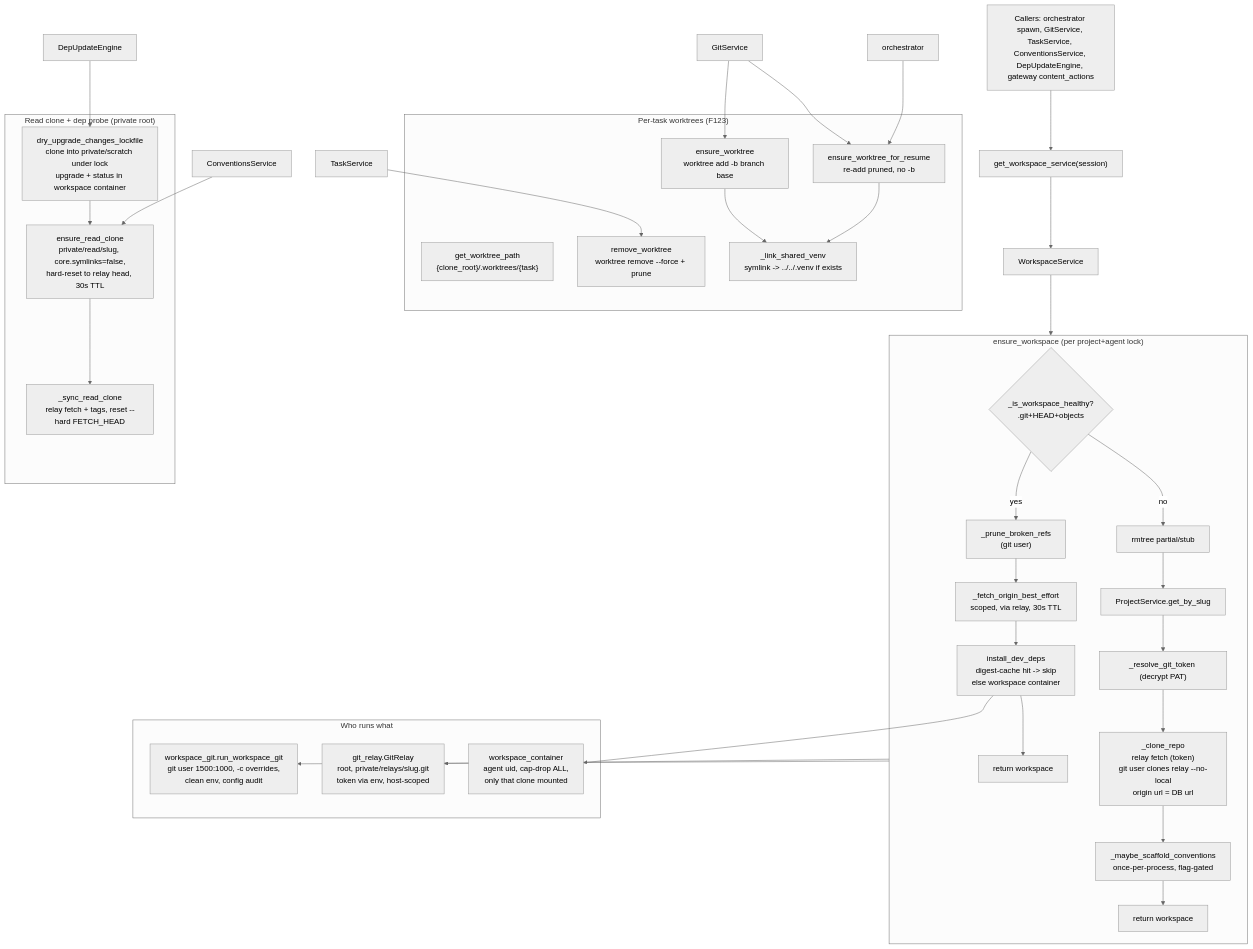
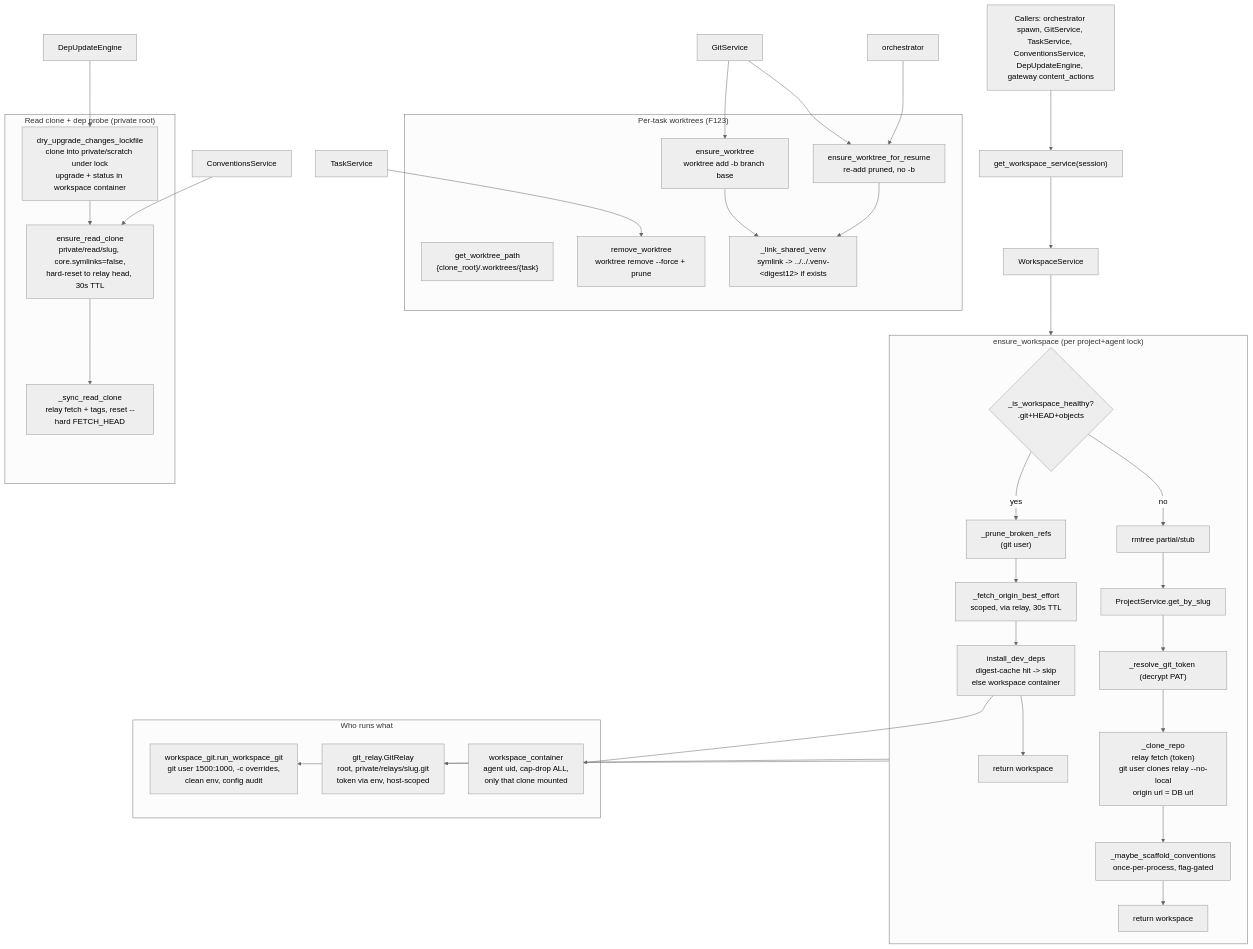
Before and after one commit to rennf93/roboco: the diagram in docs/map/workspace.md, drawn with Mermaid (neutral theme). The commit also changed other lines of this file and 4 other files, not shown here.

Commit message:
[0c8d95a6] fix(workspace): link each worktree venv to its own digest venv, fix map docs

````diff
--- a/docs/map/workspace.md
+++ b/docs/map/workspace.md
@@ -145,53 +145,53 @@
 ```mermaid
 flowchart TD
   caller["Callers: orchestrator spawn, GitService, TaskService, ConventionsService, DepUpdateEngine, gateway content_actions"]
   factory["get_workspace_service(session)"]
   WS["WorkspaceService"]
   caller --> factory --> WS
 
   subgraph ensure["ensure_workspace (per project+agent lock)"]
     health{"_is_workspace_healthy?<br/>.git+HEAD+objects"}
     prune["_prune_broken_refs<br/>(git user)"]
     fetch["_fetch_origin_best_effort<br/>scoped, via relay, 30s TTL"]
     deps["install_dev_deps<br/>digest-cache hit -> skip<br/>else workspace container"]
     health -->|yes| prune --> fetch --> deps --> ret1["return workspace"]
     health -->|no| rm["rmtree partial/stub"] --> proj["ProjectService.get_by_slug"]
     proj --> tok["_resolve_git_token (decrypt PAT)"]
     tok --> clone["_clone_repo<br/>relay fetch (token)<br/>git user clones relay --no-local<br/>origin url = DB url"]
     clone --> scaffold["_maybe_scaffold_conventions<br/>once-per-process, flag-gated"] --> ret2["return workspace"]
   end
   WS --> ensure
 
   subgraph runners["Who runs what"]
     wg["workspace_git.run_workspace_git<br/>git user 1500:1000, -c overrides,<br/>clean env, config audit"]
     relay["git_relay.GitRelay<br/>root, private/relays/slug.git<br/>token via env, host-scoped"]
     wc["workspace_container<br/>agent uid, cap-drop ALL,<br/>only that clone mounted"]
   end
   ensure --> wg
   ensure --> relay
   deps --> wc
 
   subgraph wt["Per-task worktrees (F123)"]
     gwp["get_worktree_path<br/>{clone_root}/.worktrees/{task}"]
     ew["ensure_worktree<br/>worktree add -b branch base"]
     ewr["ensure_worktree_for_resume<br/>re-add pruned, no -b"]
     rmw["remove_worktree<br/>worktree remove --force + prune"]
-    link["_link_shared_venv<br/>symlink -> ../../.venv if exists"]
+    link["_link_shared_venv<br/>symlink -> ../../.venv-&lt;digest12&gt; if exists"]
     ew --> link
     ewr --> link
   end
   GitService --> ew
   GitService --> ewr
   orchestrator --> ewr
   TaskService --> rmw
 
   subgraph rc["Read clone + dep probe (private root)"]
     erc["ensure_read_clone<br/>private/read/slug, core.symlinks=false,<br/>hard-reset to relay head, 30s TTL"]
     src["_sync_read_clone<br/>relay fetch + tags, reset --hard FETCH_HEAD"]
     dry["dry_upgrade_changes_lockfile<br/>clone into private/scratch under lock<br/>upgrade + status in workspace container"]
     erc --> src
     dry --> erc
   end
   ConventionsService --> erc
   DepUpdateEngine --> dry
 ```
````
